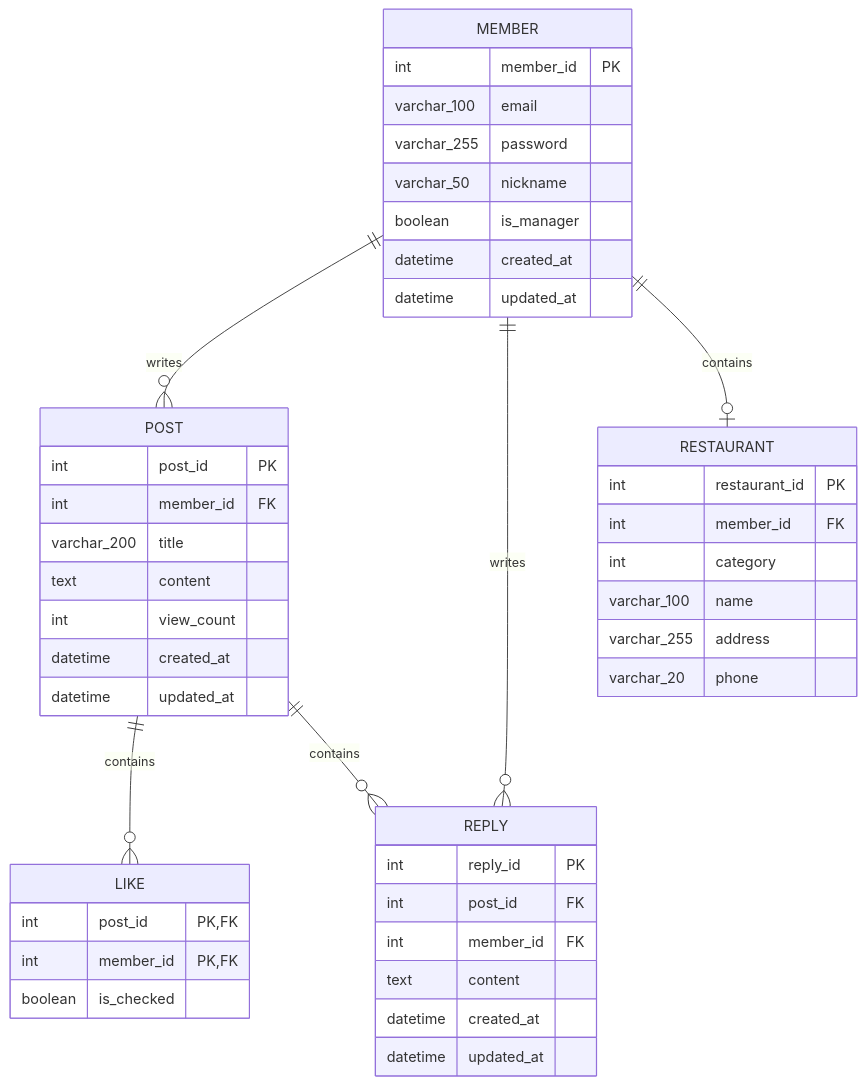
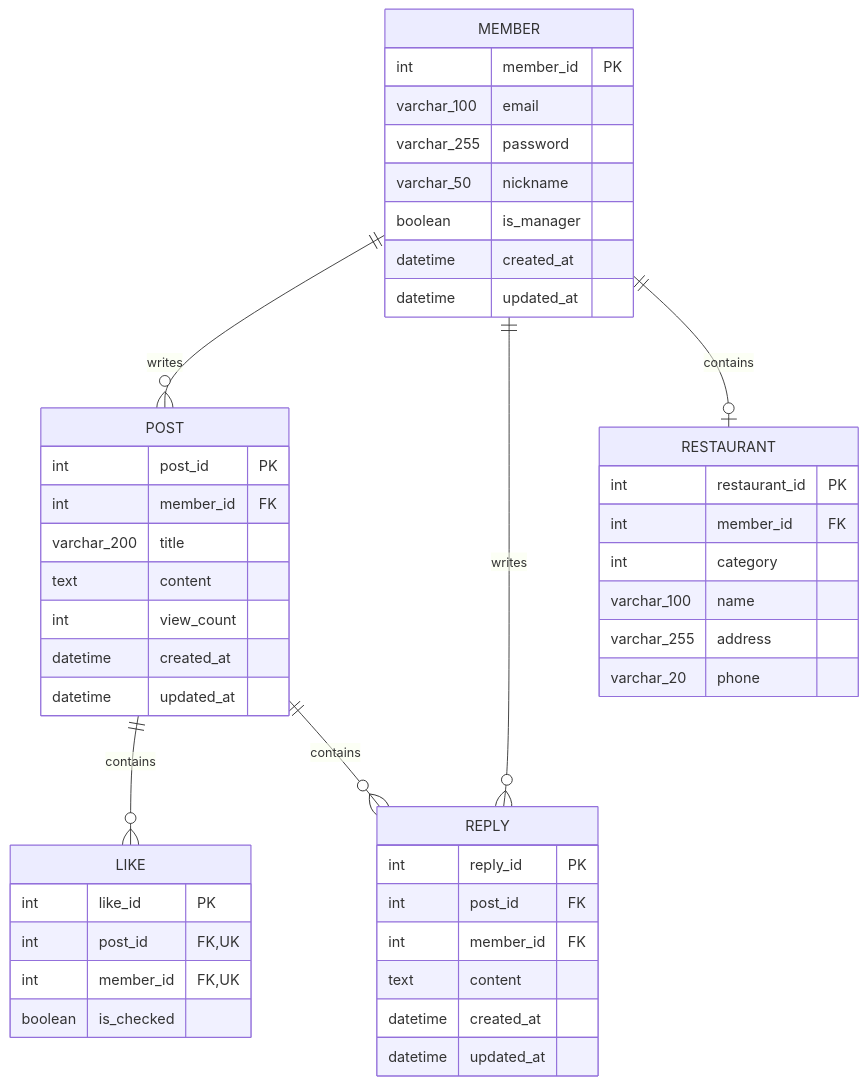
One commit to Vioeon/byte_and_bite changed the diagram in docs/02_design/02_erd.md. Above: the diagram before and after it, drawn with Mermaid. The commit also changed other lines of this file and 1 other file, not shown here.

````diff
--- a/docs/02_design/02_erd.md
+++ b/docs/02_design/02_erd.md
@@ -13,52 +13,53 @@
 ```mermaid
 erDiagram
     MEMBER ||--o{ POST : writes
     MEMBER ||--o{ REPLY : writes
     MEMBER ||--o| RESTAURANT : contains
     POST ||--o{ LIKE : contains
     POST ||--o{ REPLY : contains
 
     MEMBER {
         int member_id PK
         varchar_100 email
         varchar_255 password
         varchar_50 nickname
         boolean is_manager
         datetime created_at
         datetime updated_at
     }
     
     RESTAURANT {
         int restaurant_id PK
         int member_id FK
         int category
         varchar_100 name
         varchar_255 address
         varchar_20 phone
     }
 
     POST {
         int post_id PK
         int member_id FK
         varchar_200 title
         text content
         int view_count
         datetime created_at
         datetime updated_at
     }
     
     LIKE {
-        int post_id PK, FK
-        int member_id PK, FK
+        int like_id PK
+        int post_id FK, UK
+        int member_id FK, UK
         boolean is_checked
     }
 
     REPLY {
         int reply_id PK
         int post_id FK
         int member_id FK
         text content
         datetime created_at
         datetime updated_at
     }
 ```
````
